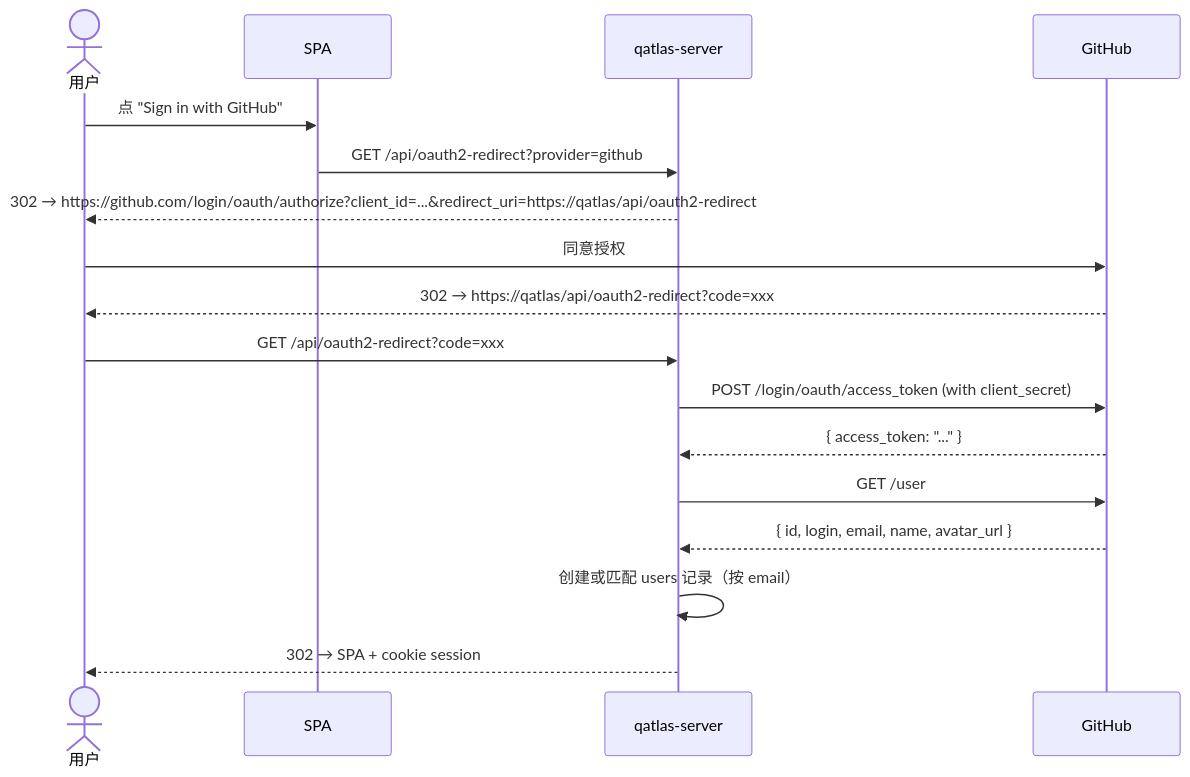
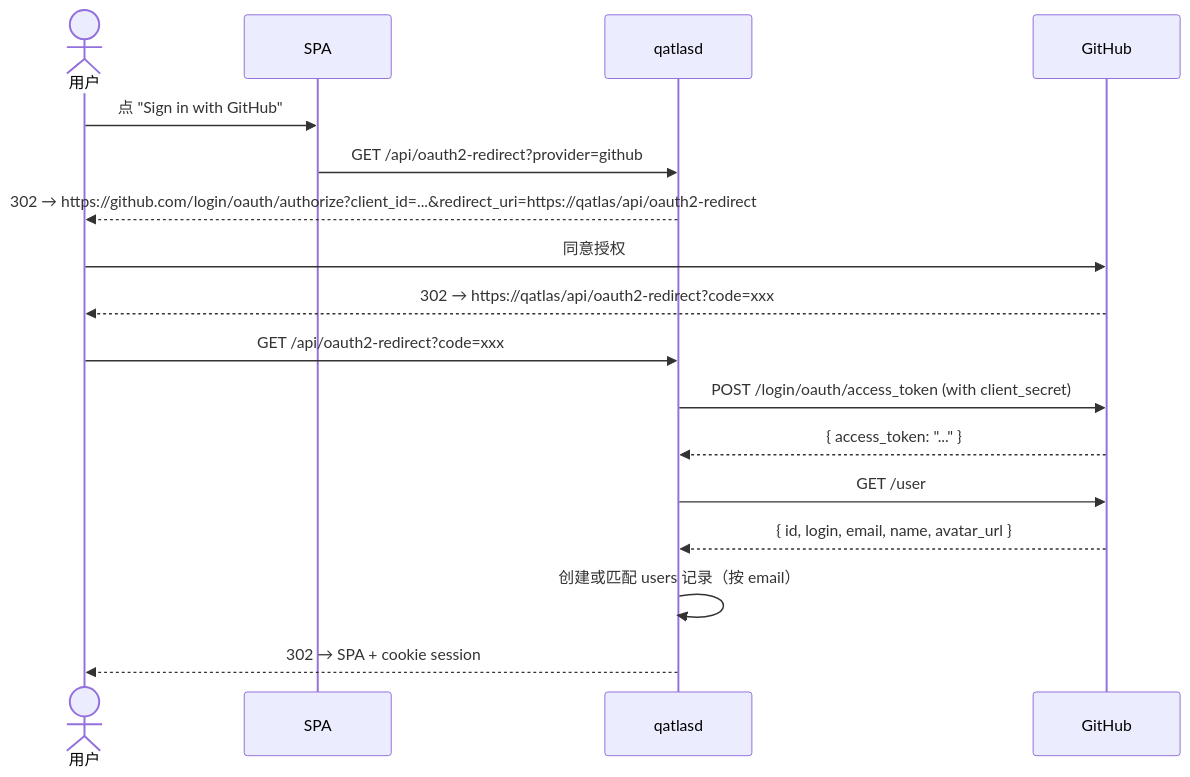
One commit to IAI-USTC-Quantum/QuantumAtlas changed the diagram in docs/deployment/github-oauth.md. Above: the diagram before and after it, drawn with Mermaid. The commit also changed other lines of this file and 67 other files, not shown here.

First line of the commit message:
feat!: rename server binary qatlas-server → qatlasd

````diff
--- a/docs/deployment/github-oauth.md
+++ b/docs/deployment/github-oauth.md
@@ -49,19 +49,19 @@
 ```mermaid
 sequenceDiagram
     actor U as 用户
     participant SPA as SPA
-    participant QA as qatlas-server
+    participant QA as qatlasd
     participant GH as GitHub
     U->>SPA: 点 "Sign in with GitHub"
     SPA->>QA: GET /api/oauth2-redirect?provider=github
     QA-->>U: 302 → https://github.com/login/oauth/authorize?client_id=...&redirect_uri=https://qatlas/api/oauth2-redirect
     U->>GH: 同意授权
     GH-->>U: 302 → https://qatlas/api/oauth2-redirect?code=xxx
     U->>QA: GET /api/oauth2-redirect?code=xxx
     QA->>GH: POST /login/oauth/access_token (with client_secret)
     GH-->>QA: { access_token: "..." }
     QA->>GH: GET /user
     GH-->>QA: { id, login, email, name, avatar_url }
     QA->>QA: 创建或匹配 users 记录（按 email）
     QA-->>U: 302 → SPA + cookie session
 ```
````
